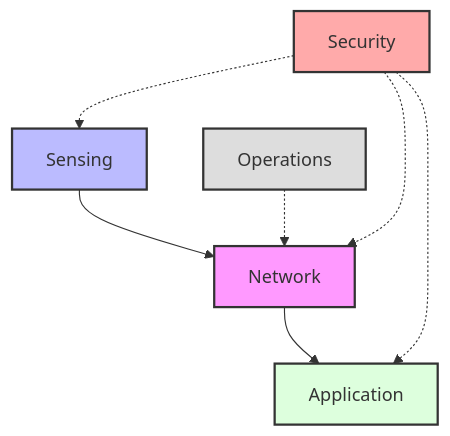
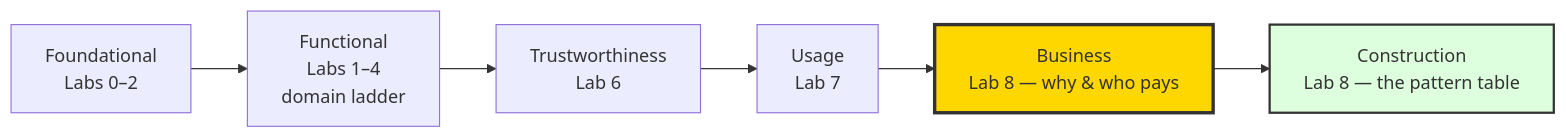
Before and after one commit to lgambab/4201327-IoT_Systems_Design_Labs: the diagram in en/labs/lab8.md, drawn with Mermaid. The commit also changed other lines of this file and 4 other files, not shown here.

````diff
--- a/en/labs/lab8.md
+++ b/en/labs/lab8.md
@@ -49,15 +44,10 @@
 ```mermaid
-graph TD
-    SCD[Sensing] --> RAID[Network]
-    RAID --> ASD[Application]
-    OMD[Operations] -.-> RAID
-    Trustworthiness[Security] -.-> SCD
-    Trustworthiness -.-> RAID
-    Trustworthiness -.-> ASD
-    
-    style SCD fill:#bbf,stroke:#333,stroke-width:2px
-    style RAID fill:#f9f,stroke:#333,stroke-width:2px
-    style ASD fill:#dfd,stroke:#333,stroke-width:2px
-    style OMD fill:#ddd,stroke:#333,stroke-width:2px
-    style Trustworthiness fill:#faa,stroke:#333,stroke-width:2px
+graph LR
+    F[Foundational<br/>Labs 0–2] --> Fu[Functional<br/>Labs 1–4<br/>domain ladder]
+    Fu --> T[Trustworthiness<br/>Lab 6]
+    T --> U[Usage<br/>Lab 7]
+    U --> B[Business<br/>Lab 8 — why & who pays]
+    B --> C[Construction<br/>Lab 8 — the pattern table]
+    style B fill:#ffd700,stroke:#333,stroke-width:3px
+    style C fill:#dfd,stroke:#333,stroke-width:2px
 ```
````
